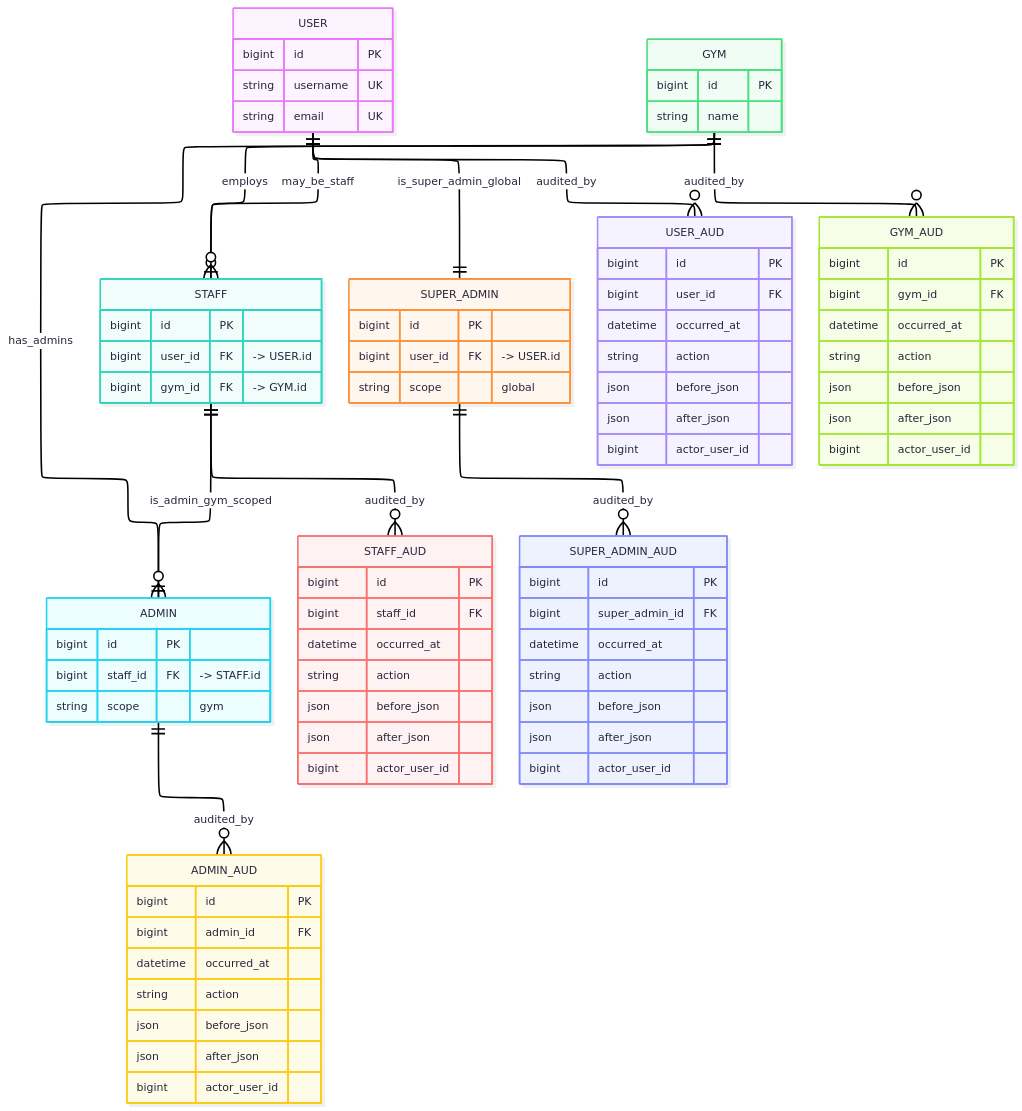
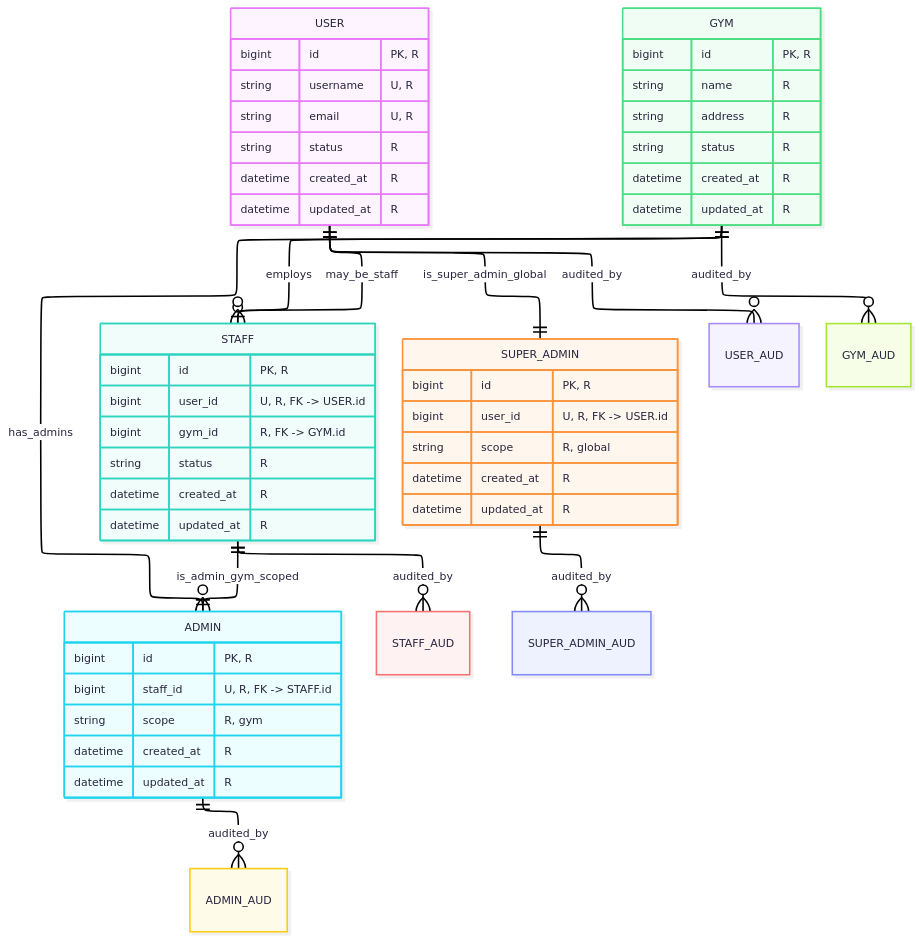
Before and after one commit to jic48-rutgers/FitDB: the sixth of 7 diagrams in docs/ERDs.md, drawn with Mermaid. The commit also changed other lines of this file, not shown here.

Commit message:
overhauled ERDs.md, just missing triggers and how audits work exactly

````diff
--- a/docs/ERDs.md
+++ b/docs/ERDs.md
@@ -420,42 +535,33 @@
 ```mermaid
 ---
 config:
   theme: redux-color
   look: neo
   layout: elk
   elk:
     mergeEdges: True
     nodePlacementStrategy: LINEAR_SEGMENTS
 ---
 erDiagram
-    %% admin & governance (+ audits)
-    %% Shows gym-scoped ADMIN and global SUPER_ADMIN with audits and scopes.
-
-    %% relationships
+    %% Admin types
     USER  ||--o| STAFF        : may_be_staff
     USER  ||--|| SUPER_ADMIN  : is_super_admin_global
     STAFF ||--|| ADMIN        : is_admin_gym_scoped
     GYM   ||--o{ STAFF        : employs
     GYM   ||--o{ ADMIN        : has_admins
 
-    %% audits
+    %% Audits
     USER ||--o{ USER_AUD            : audited_by
     STAFF ||--o{ STAFF_AUD          : audited_by
     ADMIN ||--o{ ADMIN_AUD          : audited_by
     SUPER_ADMIN ||--o{ SUPER_ADMIN_AUD : audited_by
     GYM ||--o{ GYM_AUD              : audited_by
 
-    %% entities (minimal fields for context)
-    USER { bigint id PK  string username UK  string email UK }
-    STAFF { bigint id PK  bigint user_id FK "-> USER.id"  bigint gym_id FK "-> GYM.id" }
-    ADMIN { bigint id PK  bigint staff_id FK "-> STAFF.id"  string scope "gym" }
-    SUPER_ADMIN { bigint id PK  bigint user_id FK "-> USER.id"  string scope "global" }
-    GYM { bigint id PK  string name }
+    %% Entities
+    USER { bigint id "PK, R"  string username "U, R"  string email "U, R"  string status "R"  datetime created_at "R"  datetime updated_at "R" }
+    STAFF { bigint id "PK, R"  bigint user_id "U, R, FK -> USER.id"  bigint gym_id "R, FK -> GYM.id"  string status "R"  datetime created_at "R"  datetime updated_at "R" }
+    ADMIN { bigint id "PK, R"  bigint staff_id "U, R, FK -> STAFF.id"  string scope "R, gym"  datetime created_at "R"  datetime updated_at "R" }
+    SUPER_ADMIN { bigint id "PK, R"  bigint user_id "U, R, FK -> USER.id"  string scope "R, global"  datetime created_at "R"  datetime updated_at "R" }
+    GYM { bigint id "PK, R"  string name "R"  string address "R"  string status "R"  datetime created_at "R"  datetime updated_at "R" }
 
-    %% audit tables
-    USER_AUD { bigint id PK  bigint user_id FK  datetime occurred_at  string action  json before_json  json after_json  bigint actor_user_id }
-    STAFF_AUD { bigint id PK  bigint staff_id FK  datetime occurred_at  string action  json before_json  json after_json  bigint actor_user_id }
-    ADMIN_AUD { bigint id PK  bigint admin_id FK  datetime occurred_at  string action  json before_json  json after_json  bigint actor_user_id }
-    SUPER_ADMIN_AUD { bigint id PK  bigint super_admin_id FK  datetime occurred_at  string action  json before_json  json after_json  bigint actor_user_id }
-    GYM_AUD { bigint id PK  bigint gym_id FK  datetime occurred_at  string action  json before_json  json after_json  bigint actor_user_id }
 ```
````
